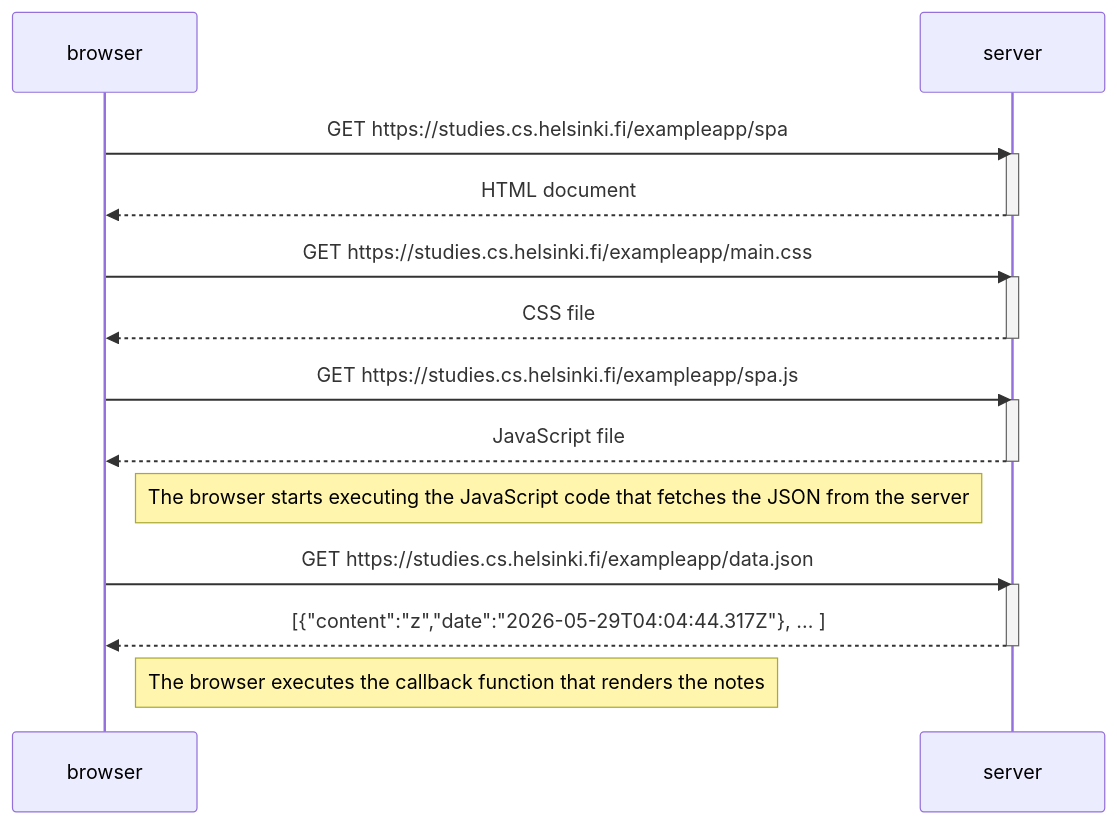
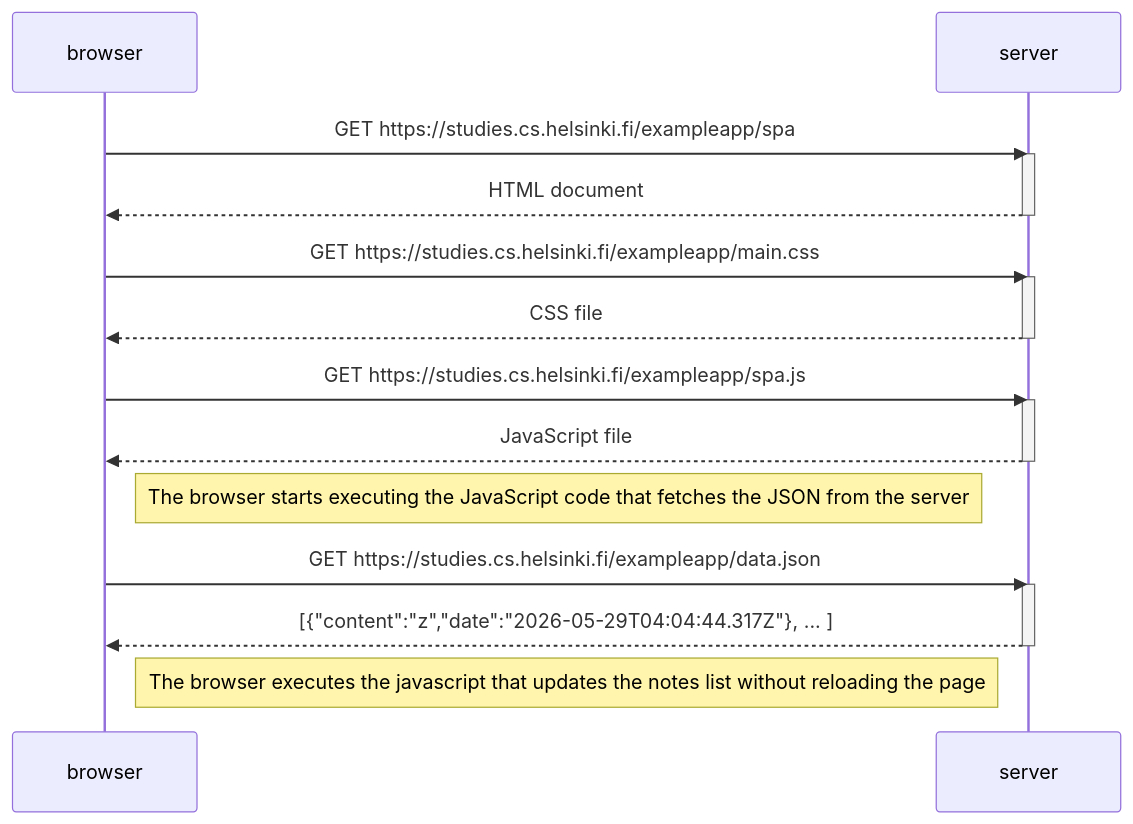
The diagram in part0/05.md (aarnioem/fullstackopen2026), drawn with Mermaid before and after one commit.

Commit message:
Clarified how the JS works

````diff
--- a/part0/05.md
+++ b/part0/05.md
@@ -1,29 +1,29 @@
 ```mermaid
 sequenceDiagram
     participant browser
     participant server
 
     browser->>server: GET https://studies.cs.helsinki.fi/exampleapp/spa
     activate server
     server-->>browser: HTML document
     deactivate server
 
     browser->>server: GET https://studies.cs.helsinki.fi/exampleapp/main.css
     activate server
     server-->>browser: CSS file
     deactivate server
 
     browser->>server: GET https://studies.cs.helsinki.fi/exampleapp/spa.js
     activate server
     server-->>browser: JavaScript file
     deactivate server
 
     Note right of browser: The browser starts executing the JavaScript code that fetches the JSON from the server
 
     browser->>server: GET https://studies.cs.helsinki.fi/exampleapp/data.json
     activate server
     server-->>browser: [{"content":"z","date":"2026-05-29T04:04:44.317Z"}, ... ]
     deactivate server
 
-    Note right of browser: The browser executes the callback function that renders the notes
+    Note right of browser: The browser executes the javascript that updates the notes list without reloading the page
 ```
````
